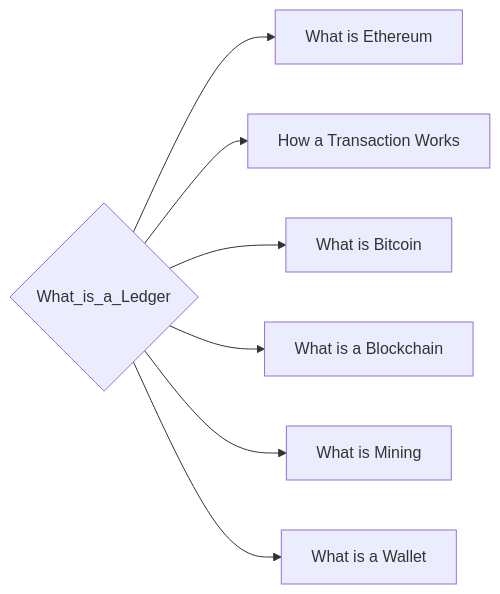
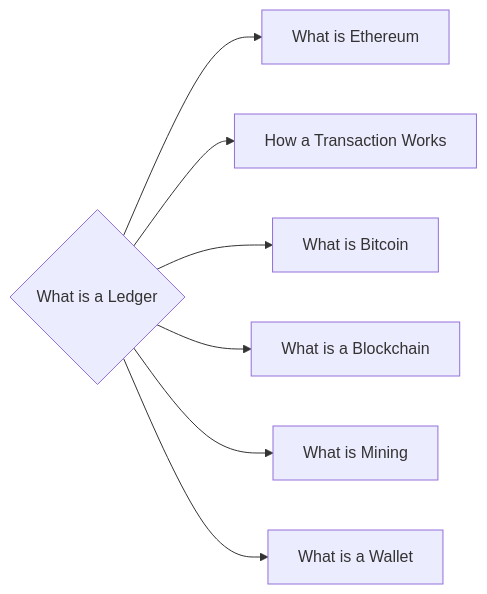
Before and after one commit to lpurdy01/crypto-knowledge-map: the diagram in notes/What_is_a_Ledger.md, drawn with Mermaid. The commit also changed 58 other files, not shown here.

````diff
--- a/notes/What_is_a_Ledger.md
+++ b/notes/What_is_a_Ledger.md
@@ -6,9 +6,9 @@
 ```mermaid
 graph LR
-0{"What_is_a_Ledger"}-->1["What is Ethereum"]
-0{"What_is_a_Ledger"}-->2["How a Transaction Works"]
-0{"What_is_a_Ledger"}-->3["What is Bitcoin"]
-0{"What_is_a_Ledger"}-->4["What is a Blockchain"]
-0{"What_is_a_Ledger"}-->5["What is Mining"]
-0{"What_is_a_Ledger"}-->6["What is a Wallet"]
+0{"What is a Ledger"}-->1["What is Ethereum"]
+0{"What is a Ledger"}-->2["How a Transaction Works"]
+0{"What is a Ledger"}-->3["What is Bitcoin"]
+0{"What is a Ledger"}-->4["What is a Blockchain"]
+0{"What is a Ledger"}-->5["What is Mining"]
+0{"What is a Ledger"}-->6["What is a Wallet"]
 ```
````
